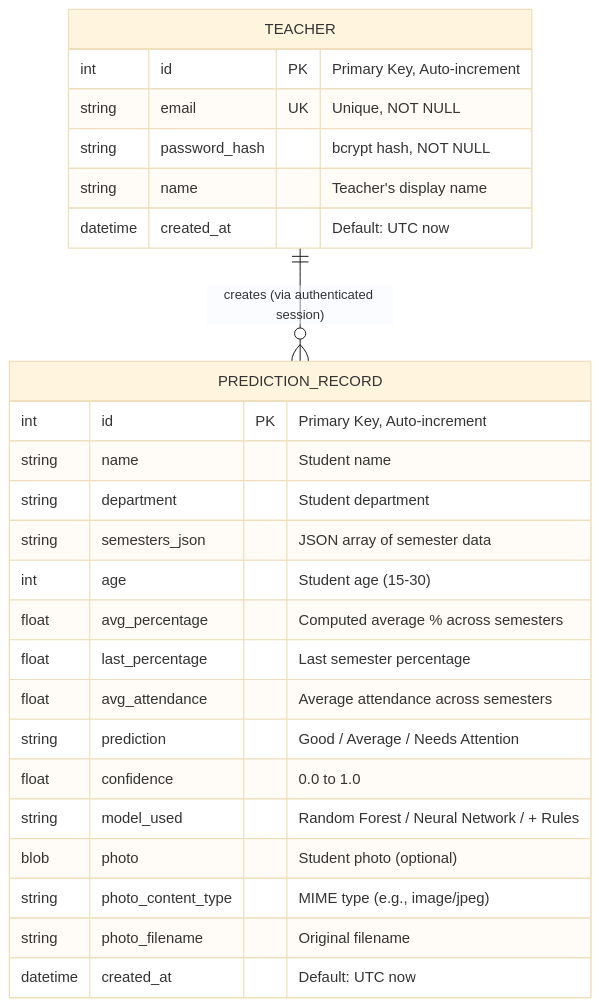
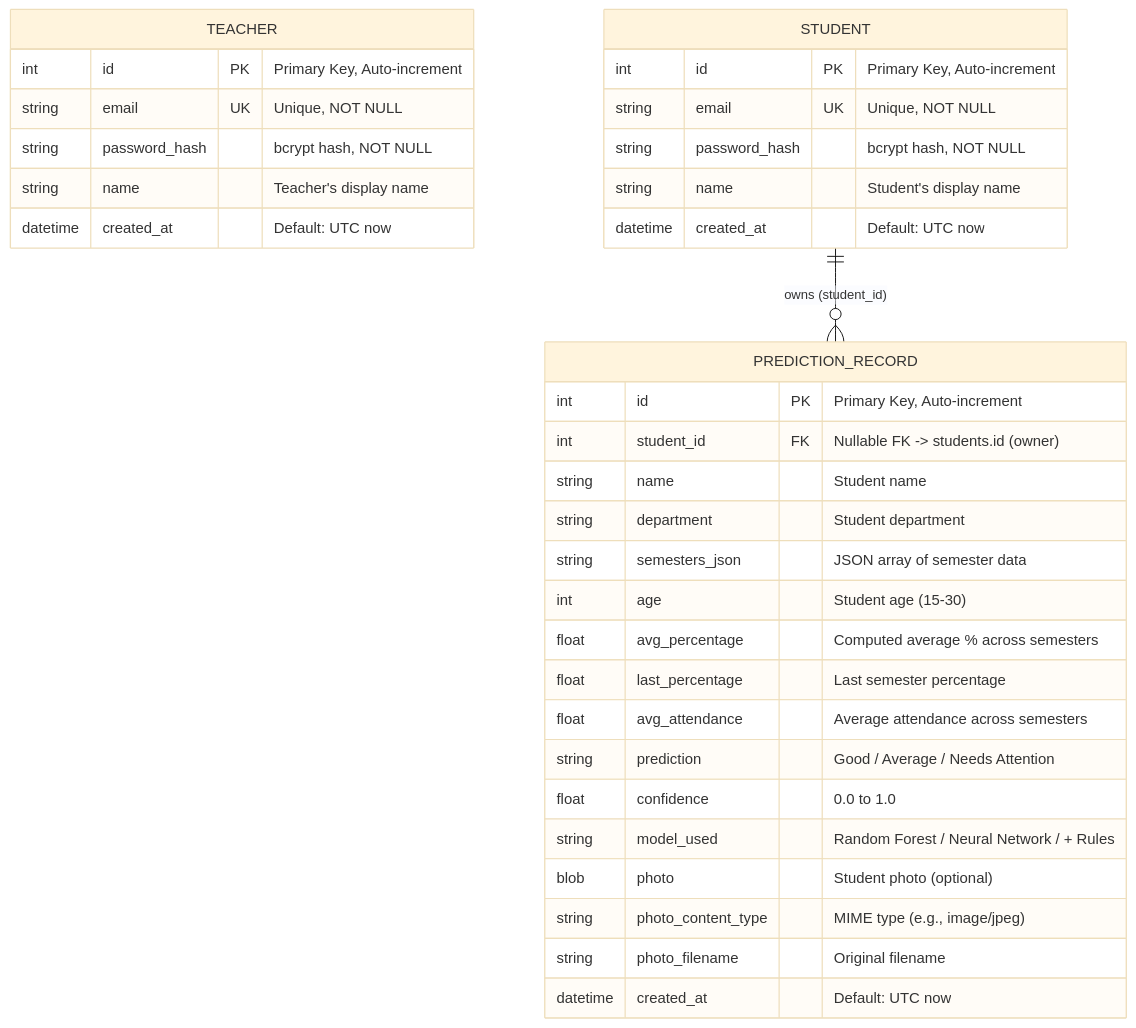
The diagram in diagram/09_er_diagram.md (vrroshni/student-analyser), drawn with Mermaid (base theme) before and after one commit. The commit also changed other lines of this file and 26 other files, not shown here.

````diff
--- a/diagram/09_er_diagram.md
+++ b/diagram/09_er_diagram.md
@@ -9,30 +9,39 @@
 ```mermaid
 erDiagram
     TEACHER {
         int id PK "Primary Key, Auto-increment"
         string email UK "Unique, NOT NULL"
         string password_hash "bcrypt hash, NOT NULL"
         string name "Teacher's display name"
         datetime created_at "Default: UTC now"
     }
 
+    STUDENT {
+        int id PK "Primary Key, Auto-increment"
+        string email UK "Unique, NOT NULL"
+        string password_hash "bcrypt hash, NOT NULL"
+        string name "Student's display name"
+        datetime created_at "Default: UTC now"
+    }
+
     PREDICTION_RECORD {
         int id PK "Primary Key, Auto-increment"
+        int student_id FK "Nullable FK -> students.id (owner)"
         string name "Student name"
         string department "Student department"
         string semesters_json "JSON array of semester data"
         int age "Student age (15-30)"
         float avg_percentage "Computed average % across semesters"
         float last_percentage "Last semester percentage"
         float avg_attendance "Average attendance across semesters"
         string prediction "Good / Average / Needs Attention"
         float confidence "0.0 to 1.0"
         string model_used "Random Forest / Neural Network / + Rules"
         blob photo "Student photo (optional)"
         string photo_content_type "MIME type (e.g., image/jpeg)"
         string photo_filename "Original filename"
         datetime created_at "Default: UTC now"
     }
 
-    TEACHER ||--o{ PREDICTION_RECORD : "creates (via authenticated session)"
+    STUDENT ||--o{ PREDICTION_RECORD : "owns (student_id)"
 ```
````
